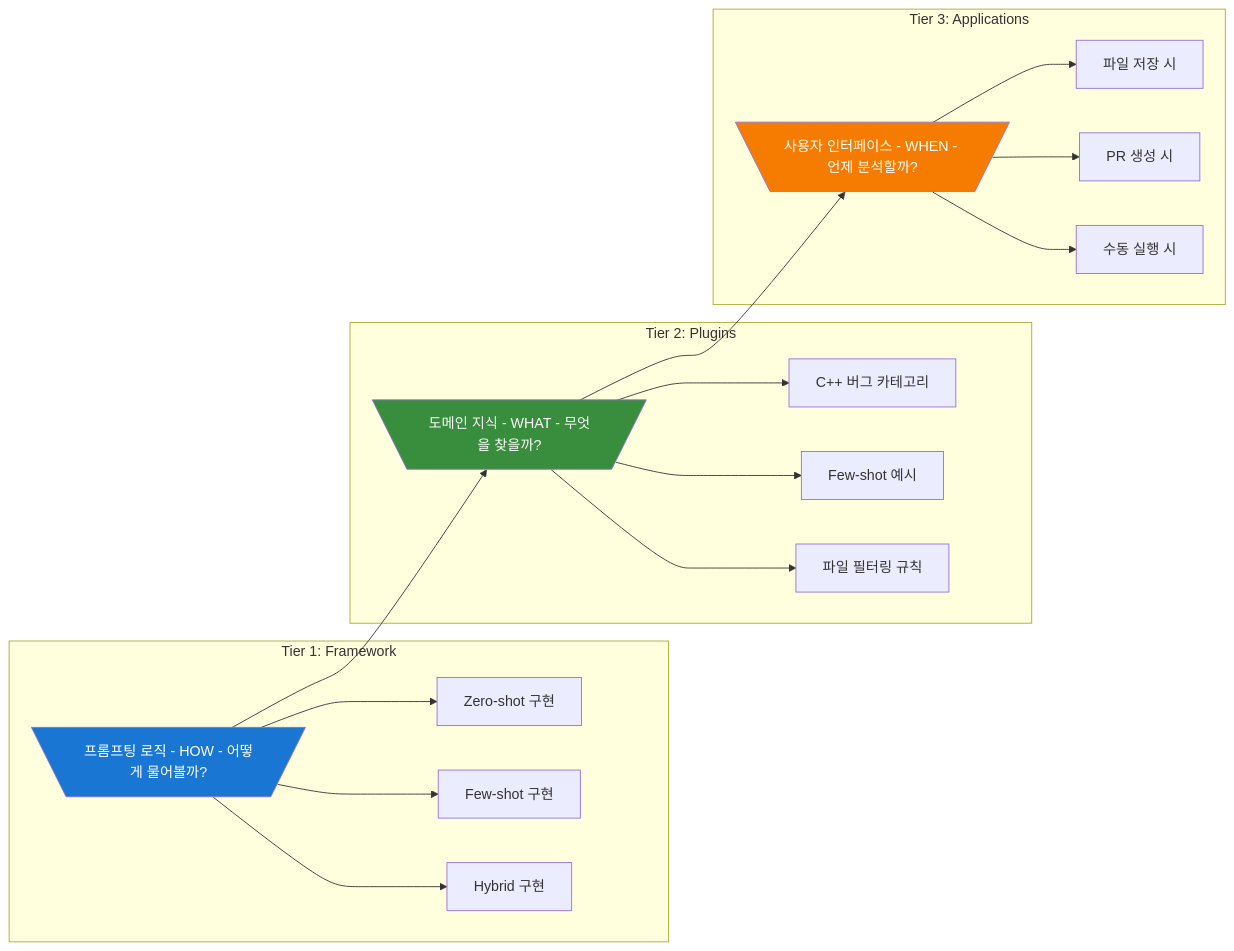
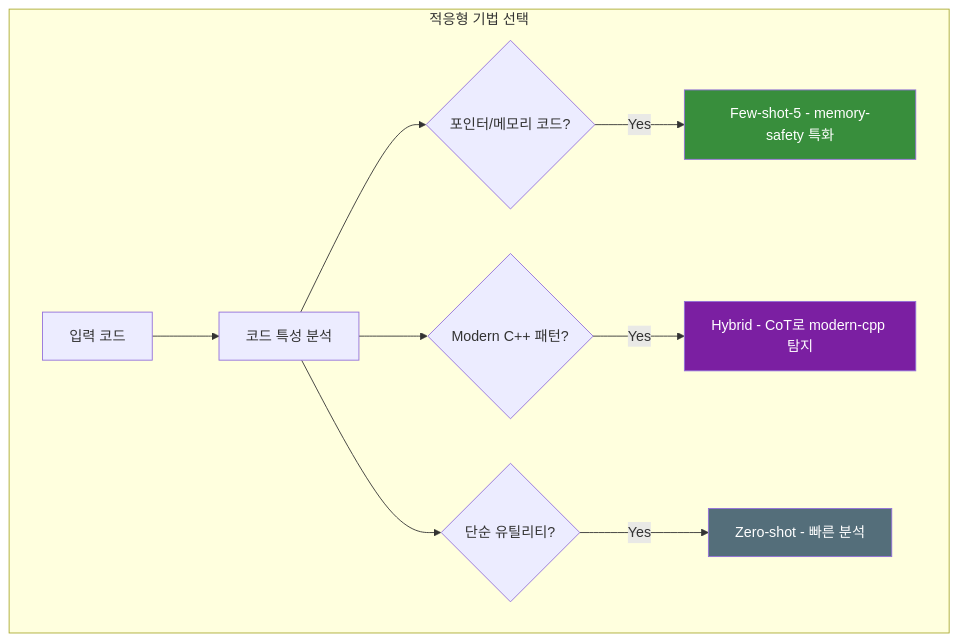
The ninth of 32 diagrams in PRESENTATION.md (ApeachM/llm-code-reviewer), drawn with Mermaid before and after one commit. The commit also changed other lines of this file and 1 other file, not shown here.

First line of the commit message:
docs: Expand "CLAUDE.md" with linting and formatting guidelines, architecture updates, and technique details

````diff
--- a/PRESENTATION.md
+++ b/PRESENTATION.md
@@ -635,30 +482,19 @@
 ```mermaid
-graph LR
-    subgraph "Tier 1: Framework"
-        T1[\"프롬프팅 로직 - HOW - 어떻게 물어볼까?"/]
-        T1 --> T1_1[Zero-shot 구현]
-        T1 --> T1_2[Few-shot 구현]
-        T1 --> T1_3[Hybrid 구현]
+graph TB
+    subgraph "적응형 기법 선택"
+        Input[입력 코드] --> Analyze[코드 특성 분석]
+
+        Analyze --> Check1{포인터/메모리 코드?}
+        Check1 -->|Yes| FS[Few-shot-5 - memory-safety 특화]
+
+        Analyze --> Check2{Modern C++ 패턴?}
+        Check2 -->|Yes| Hybrid[Hybrid - CoT로 modern-cpp 탐지]
+
+        Analyze --> Check3{단순 유틸리티?}
+        Check3 -->|Yes| ZS[Zero-shot - 빠른 분석]
     end
 
-    subgraph "Tier 2: Plugins"
-        T2[\"도메인 지식 - WHAT - 무엇을 찾을까?"/]
-        T2 --> T2_1[C++ 버그 카테고리]
-        T2 --> T2_2[Few-shot 예시]
-        T2 --> T2_3[파일 필터링 규칙]
-    end
-
-    subgraph "Tier 3: Applications"
-        T3[\"사용자 인터페이스 - WHEN - 언제 분석할까?"/]
-        T3 --> T3_1[파일 저장 시]
-        T3 --> T3_2[PR 생성 시]
-        T3 --> T3_3[수동 실행 시]
-    end
-
-    T1 --> T2
-    T2 --> T3
-
-    style T1 fill:#1976d2,color:#fff
-    style T2 fill:#388e3c,color:#fff
-    style T3 fill:#f57c00,color:#fff
+    style FS fill:#388e3c,color:#fff
+    style Hybrid fill:#7b1fa2,color:#fff
+    style ZS fill:#546e7a,color:#fff
 ```
````
